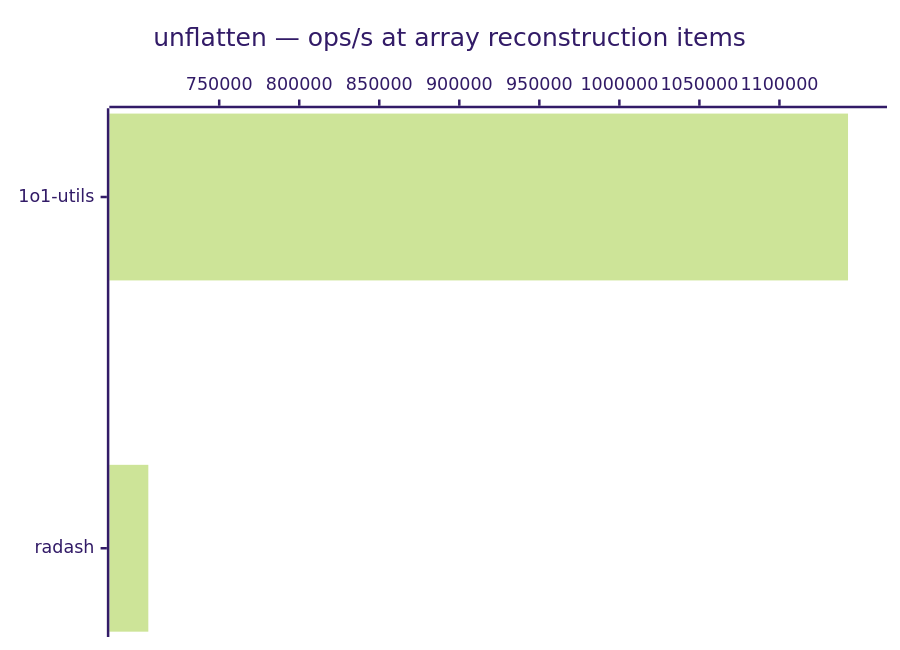
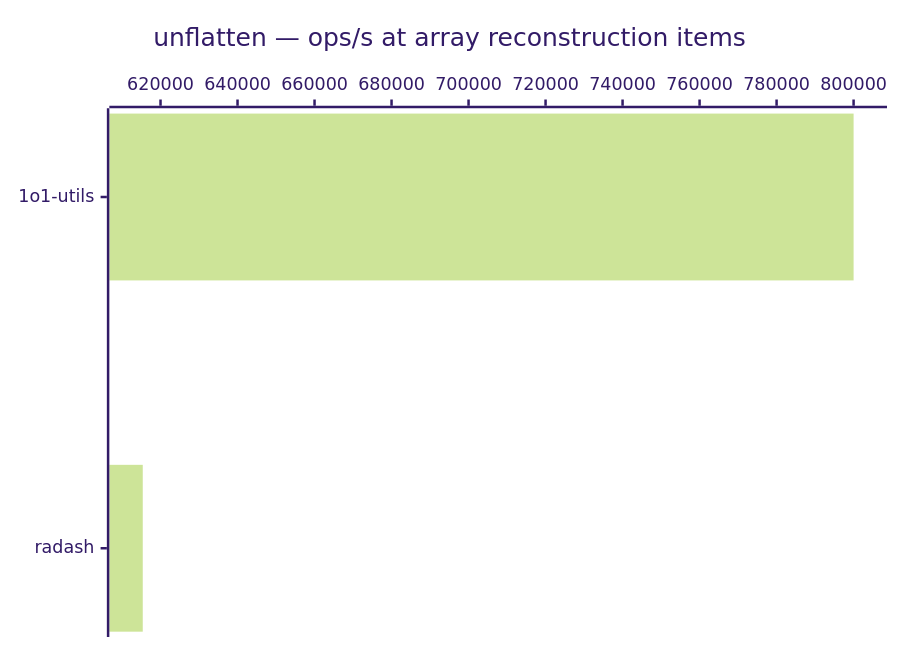
One commit to pedrotroccoli/1o1-utils changed the diagram in docs/benchmarks/unflatten.md. Above: the diagram before and after it, drawn with Mermaid (forest theme). The commit also changed other lines of this file and 3 other files, not shown here.

````diff
--- a/docs/benchmarks/unflatten.md
+++ b/docs/benchmarks/unflatten.md
@@ -14,6 +14,6 @@
 ```mermaid
 xychart-beta horizontal
   title "unflatten — ops/s at array reconstruction items"
   x-axis ["1o1-utils", "radash"]
-  bar [1142857, 705716]
+  bar [800000, 615385]
 ```
````
